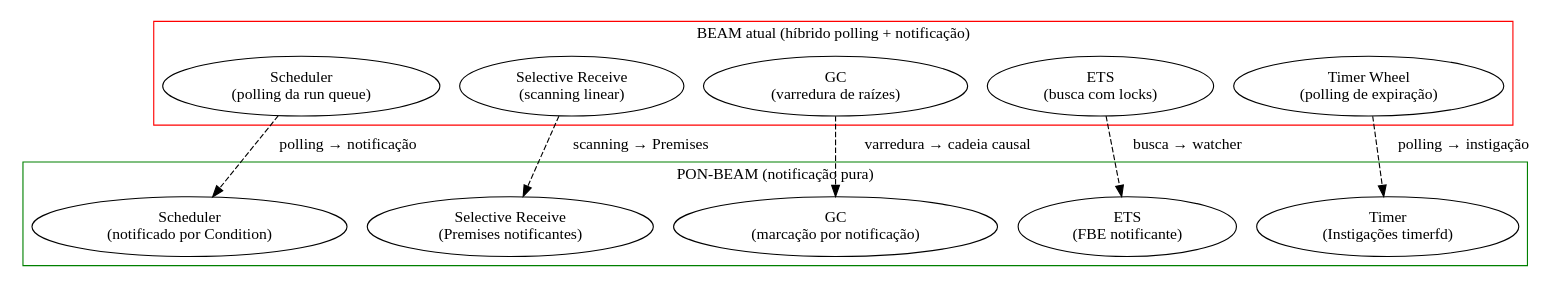
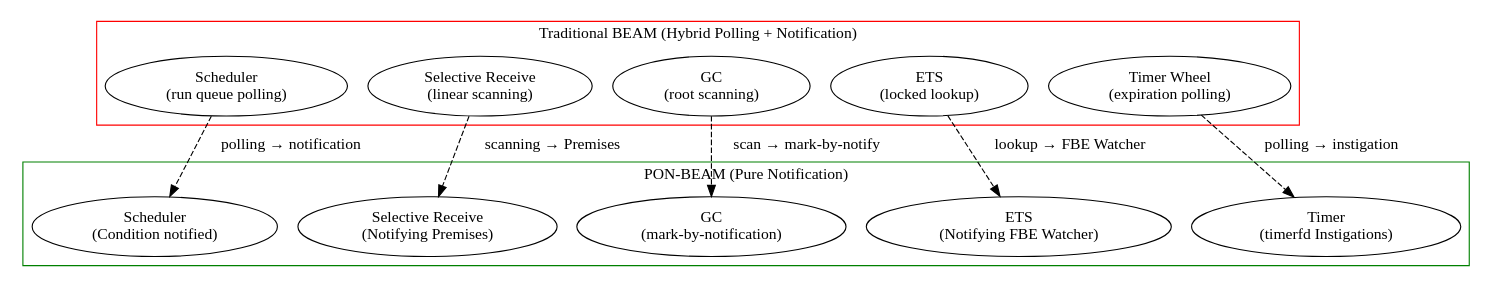
The diagram in docs/EX-37-pon-beam-arquitetura-orientada-a-notificacoes.md (matheuscamarques/pon_beam), drawn with Graphviz before and after one commit. The commit also changed other lines of this file and 32 other files, not shown here.

````diff
--- a/docs/EX-37-pon-beam-arquitetura-orientada-a-notificacoes.md
+++ b/docs/EX-37-pon-beam-arquitetura-orientada-a-notificacoes.md
@@ -35,32 +37,32 @@
-```dot Mapa conceitual: BEAM atual vs PON-BEAM
+```dot
 digraph pon_beam_overview {
   rankdir=TB;
   splines=polyline;
 
   subgraph cluster_actual {
-    label="BEAM atual (híbrido polling + notificação)"
+    label="Traditional BEAM (Hybrid Polling + Notification)"
     color=red;
-    "Scheduler" [label="Scheduler\n(polling da run queue)"]
-    "Selective Receive" [label="Selective Receive\n(scanning linear)"]
-    "GC" [label="GC\n(varredura de raízes)"]
-    "ETS" [label="ETS\n(busca com locks)"]
-    "Timer" [label="Timer Wheel\n(polling de expiração)"]
+    "Scheduler" [label="Scheduler\n(run queue polling)"]
+    "Selective Receive" [label="Selective Receive\n(linear scanning)"]
+    "GC" [label="GC\n(root scanning)"]
+    "ETS" [label="ETS\n(locked lookup)"]
+    "Timer" [label="Timer Wheel\n(expiration polling)"]
   }
 
   subgraph cluster_pon {
-    label="PON-BEAM (notificação pura)"
+    label="PON-BEAM (Pure Notification)"
     color=green;
-    "Sched-PON" [label="Scheduler\n(notificado por Condition)"]
-    "Recv-PON" [label="Selective Receive\n(Premises notificantes)"]
-    "GC-PON" [label="GC\n(marcação por notificação)"]
-    "ETS-PON" [label="ETS\n(FBE notificante)"]
-    "Timer-PON" [label="Timer\n(Instigações timerfd)"]
+    "Sched-PON" [label="Scheduler\n(Condition notified)"]
+    "Recv-PON" [label="Selective Receive\n(Notifying Premises)"]
+    "GC-PON" [label="GC\n(mark-by-notification)"]
+    "ETS-PON" [label="ETS\n(Notifying FBE Watcher)"]
+    "Timer-PON" [label="Timer\n(timerfd Instigations)"]
   }
 
-  "Scheduler" -> "Sched-PON" [style=dashed, label="  polling → notificação"]
+  "Scheduler" -> "Sched-PON" [style=dashed, label="  polling → notification"]
   "Selective Receive" -> "Recv-PON" [style=dashed, label="  scanning → Premises"]
-  "GC" -> "GC-PON" [style=dashed, label="  varredura → cadeia causal"]
-  "ETS" -> "ETS-PON" [style=dashed, label="  busca → watcher"]
-  "Timer" -> "Timer-PON" [style=dashed, label="  polling → instigação"]
+  "GC" -> "GC-PON" [style=dashed, label="  scan → mark-by-notify"]
+  "ETS" -> "ETS-PON" [style=dashed, label="  lookup → FBE Watcher"]
+  "Timer" -> "Timer-PON" [style=dashed, label="  polling → instigation"]
 }
 ```
````
